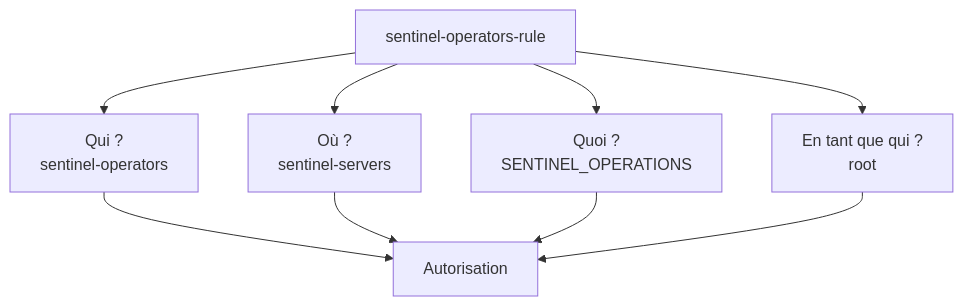
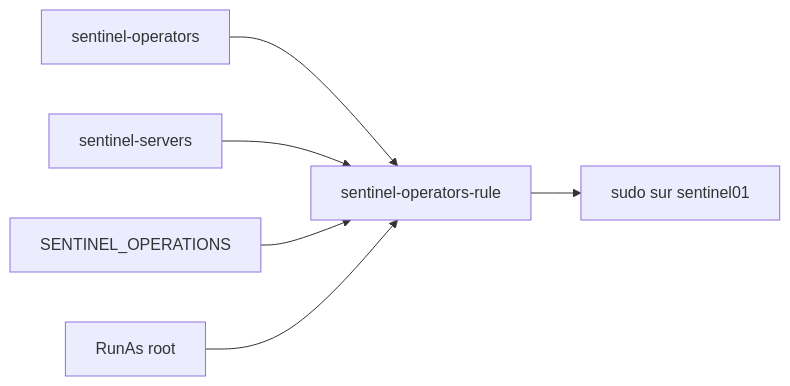
One commit to tdelaclos/formations changed the second of 3 diagrams in sentinel/docs/campagne_08/8.6-politiques-sudo.md. Above: the diagram before and after it, drawn with Mermaid. The commit also changed other lines of this file and 10 other files, not shown here.

````diff
--- a/sentinel/docs/campagne_08/8.6-politiques-sudo.md
+++ b/sentinel/docs/campagne_08/8.6-politiques-sudo.md
@@ -700,18 +71,8 @@
 ```mermaid
-flowchart TB
-
-    RULE[sentinel-operators-rule]
-
-    RULE --> WHO["Qui ?<br/>sentinel-operators"]
-
-    RULE --> WHERE["Où ?<br/>sentinel-servers"]
-
-    RULE --> WHAT["Quoi ?<br/>SENTINEL_OPERATIONS"]
-
-    RULE --> RUNAS["En tant que qui ?<br/>root"]
-
-    WHO --> RESULT[Autorisation]
-    WHERE --> RESULT
-    WHAT --> RESULT
-    RUNAS --> RESULT
+flowchart LR
+    Users["sentinel-operators"] --> Rule["sentinel-operators-rule"]
+    Hosts["sentinel-servers"] --> Rule
+    Commands["SENTINEL_OPERATIONS"] --> Rule
+    RunAs["RunAs root"] --> Rule
+    Rule --> Client["sudo sur sentinel01"]
 ```
````
